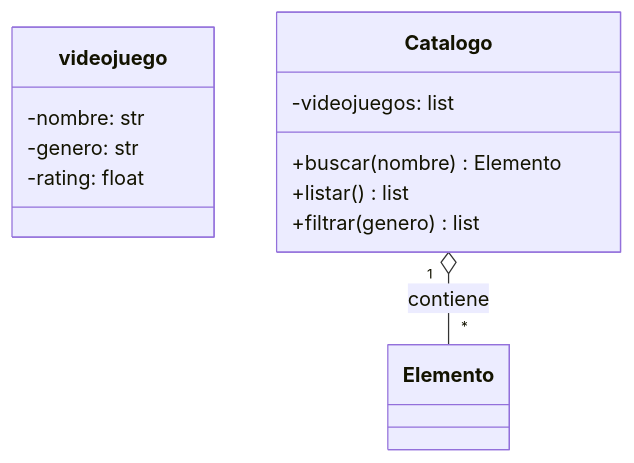
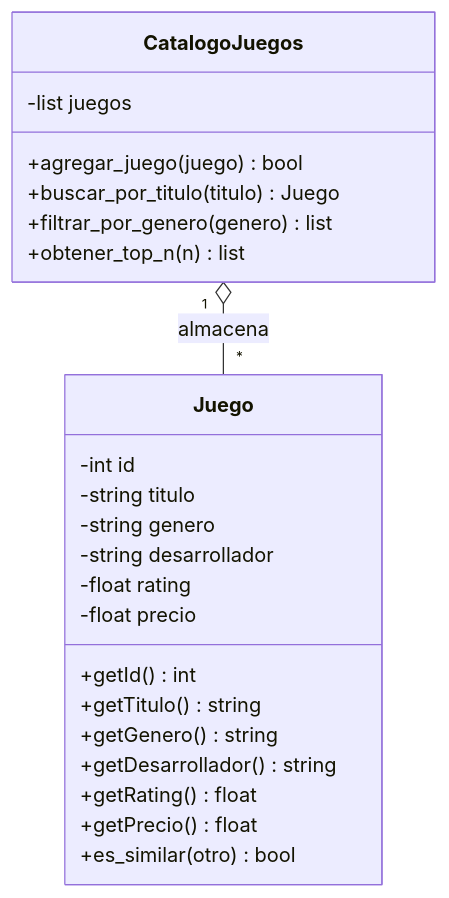
The diagram in docs/03-diagrama-clases.md (Damian334/actividadgrupal), drawn with Mermaid before and after one commit. The commit also changed other lines of this file and 5 other files, not shown here.

````diff
--- a/docs/03-diagrama-clases.md
+++ b/docs/03-diagrama-clases.md
@@ -3,17 +3,28 @@
 ```mermaid
 classDiagram
-    class videojuego{
-        -nombre: str
-        -genero: str
-        -rating: float
+    class Juego {
+        -int id
+        -string titulo
+        -string genero
+        -string desarrollador
+        -float rating
+        -float precio
+        +getId() int
+        +getTitulo() string
+        +getGenero() string
+        +getDesarrollador() string
+        +getRating() float
+        +getPrecio() float
+        +es_similar(otro) bool
     }
 
-    class Catalogo{
-        -videojuegos: list
-        +buscar(nombre) Elemento
-        +listar() list
-        +filtrar(genero) list
+    class CatalogoJuegos {
+        -list juegos
+        +agregar_juego(juego) bool
+        +buscar_por_titulo(titulo) Juego
+        +filtrar_por_genero(genero) list
+        +obtener_top_n(n) list
     }
 
- Catalogo "1" o-- "*" Elemento : contiene
+    CatalogoJuegos "1" o-- "*" Juego : almacena
 ```
````
